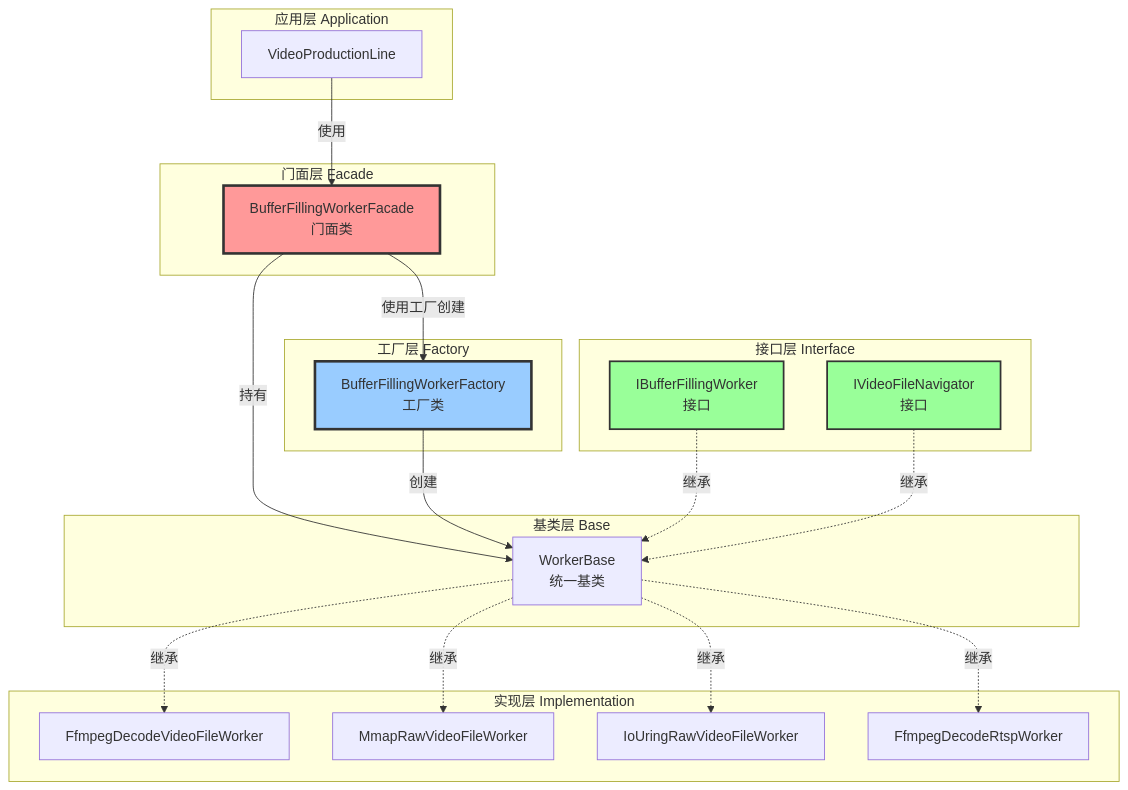
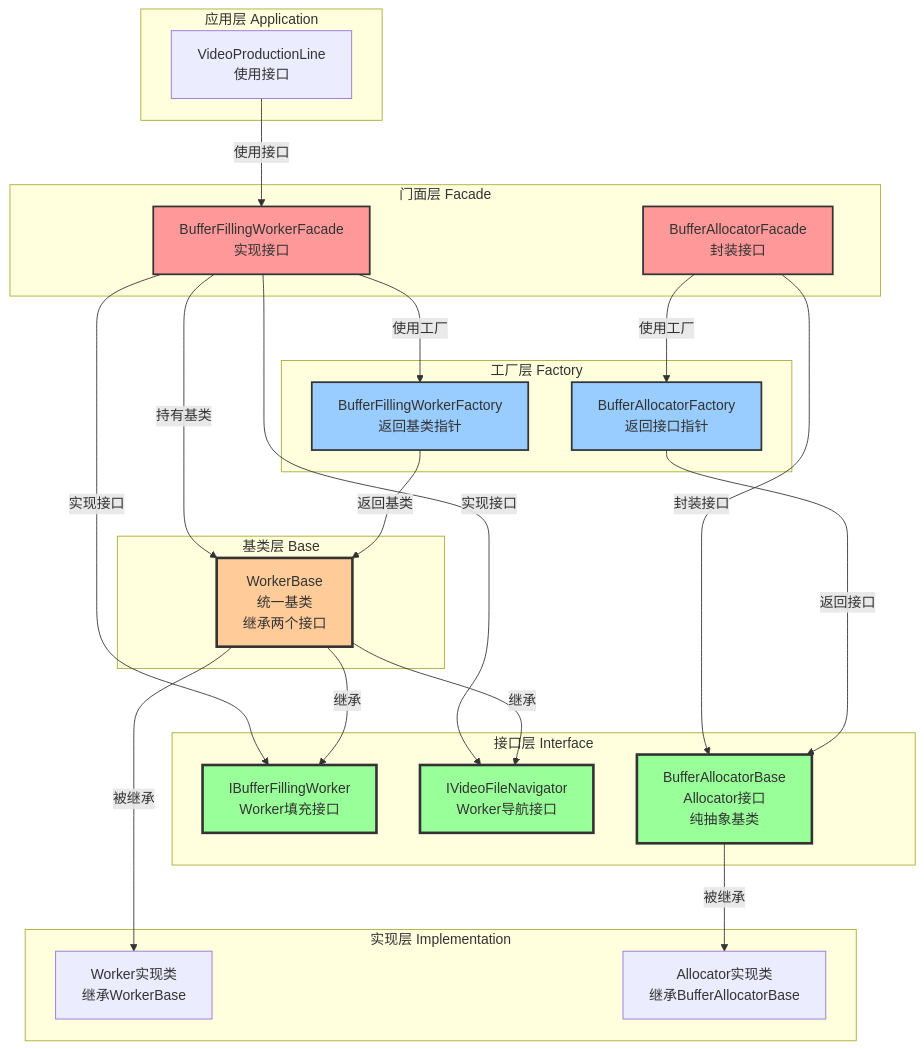
One commit to luoxiafeng-1990/components changed the first of 6 diagrams in ARCHITECTURE.md. Above: the diagram before and after it, drawn with Mermaid. The commit also changed other lines of this file and 22 other files, not shown here.

````diff
--- a/ARCHITECTURE.md
+++ b/ARCHITECTURE.md
@@ -654,46 +733,55 @@
 ```mermaid
 graph TB
     subgraph "应用层 Application"
-        VPL[VideoProductionLine]
+        VPL[VideoProductionLine<br/>使用接口]
     end
     
     subgraph "门面层 Facade"
-        BFW[BufferFillingWorkerFacade<br/>门面类]
+        BFW[BufferFillingWorkerFacade<br/>实现接口]
+        BAF[BufferAllocatorFacade<br/>封装接口]
     end
     
     subgraph "工厂层 Factory"
-        BFWFactory[BufferFillingWorkerFactory<br/>工厂类]
+        BFWFactory[BufferFillingWorkerFactory<br/>返回基类指针]
+        BAFactory[BufferAllocatorFactory<br/>返回接口指针]
     end
     
     subgraph "接口层 Interface"
-        IBFW[IBufferFillingWorker<br/>接口]
-        IVFN[IVideoFileNavigator<br/>接口]
+        IBFW[IBufferFillingWorker<br/>Worker填充接口]
+        IVFN[IVideoFileNavigator<br/>Worker导航接口]
+        BAB[BufferAllocatorBase<br/>Allocator接口<br/>纯抽象基类]
     end
     
     subgraph "基类层 Base"
-        WB[WorkerBase<br/>统一基类]
+        WB[WorkerBase<br/>统一基类<br/>继承两个接口]
     end
     
     subgraph "实现层 Implementation"
-        FDVFW[FfmpegDecodeVideoFileWorker]
-        MRVFW[MmapRawVideoFileWorker]
-        IRVFW[IoUringRawVideoFileWorker]
-        FDRW[FfmpegDecodeRtspWorker]
+        WorkerImpl[Worker实现类<br/>继承WorkerBase]
+        AllocatorImpl[Allocator实现类<br/>继承BufferAllocatorBase]
     end
     
-    VPL -->|使用| BFW
-    BFW -->|持有| WB
-    BFW -->|使用工厂创建| BFWFactory
-    BFWFactory -->|创建| WB
-    IBFW -.->|继承| WB
-    IVFN -.->|继承| WB
-    WB -.->|继承| FDVFW
-    WB -.->|继承| MRVFW
-    WB -.->|继承| IRVFW
-    WB -.->|继承| FDRW
+    VPL -->|使用接口| BFW
+    BFW -->|实现接口| IBFW
+    BFW -->|实现接口| IVFN
+    BFW -->|持有基类| WB
+    BFW -->|使用工厂| BFWFactory
+    BFWFactory -->|返回基类| WB
+    WB -->|继承| IBFW
+    WB -->|继承| IVFN
+    WB -->|被继承| WorkerImpl
     
-    style BFW fill:#ff9999,stroke:#333,stroke-width:3px
-    style BFWFactory fill:#99ccff,stroke:#333,stroke-width:3px
-    style IBFW fill:#99ff99,stroke:#333,stroke-width:2px
-    style IVFN fill:#99ff99,stroke:#333,stroke-width:2px
+    BAF -->|封装接口| BAB
+    BAF -->|使用工厂| BAFactory
+    BAFactory -->|返回接口| BAB
+    BAB -->|被继承| AllocatorImpl
+    
+    style IBFW fill:#99ff99,stroke:#333,stroke-width:3px
+    style IVFN fill:#99ff99,stroke:#333,stroke-width:3px
+    style BAB fill:#99ff99,stroke:#333,stroke-width:3px
+    style WB fill:#ffcc99,stroke:#333,stroke-width:3px
+    style BFW fill:#ff9999,stroke:#333,stroke-width:2px
+    style BAF fill:#ff9999,stroke:#333,stroke-width:2px
+    style BFWFactory fill:#99ccff,stroke:#333,stroke-width:2px
+    style BAFactory fill:#99ccff,stroke:#333,stroke-width:2px
 ```
````
